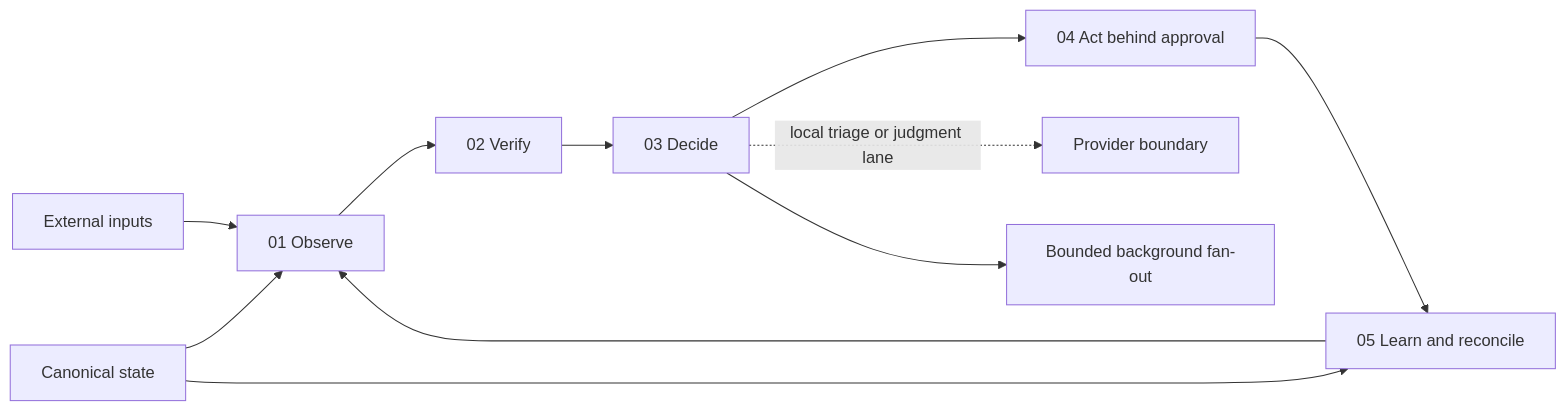
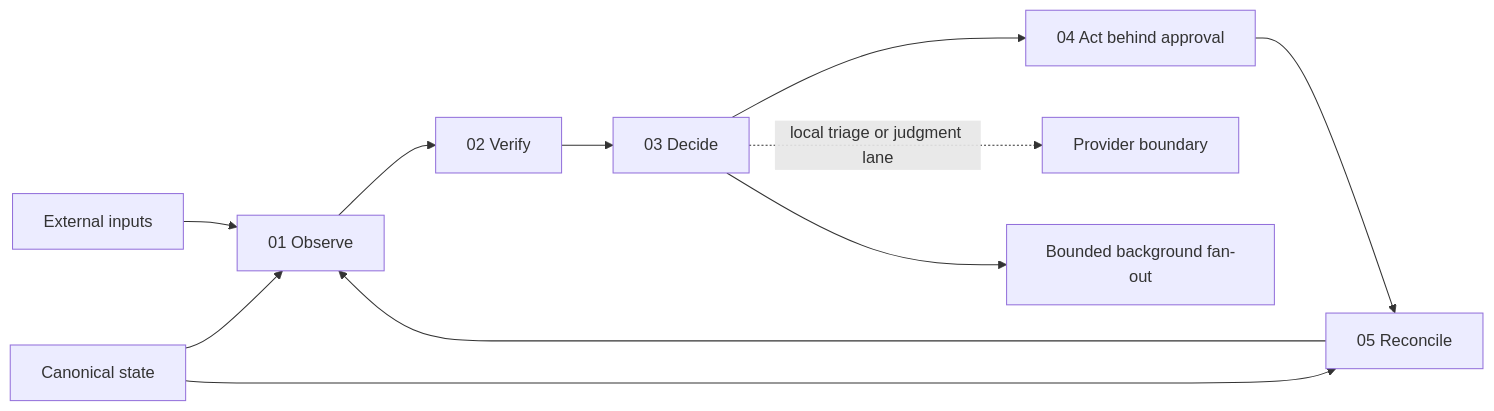
One commit to patppham/baymax-agent changed the diagram in docs/architecture.md. Above: the diagram before and after it, drawn with Mermaid. The commit also changed other lines of this file and 22 other files, not shown here.

````diff
--- a/docs/architecture.md
+++ b/docs/architecture.md
@@ -5,13 +5,13 @@
 ```mermaid
 flowchart LR
   A[External inputs] --> B[01 Observe]
   B --> C[02 Verify]
   C --> D[03 Decide]
   D --> E[04 Act behind approval]
-  E --> F[05 Learn and reconcile]
+  E --> F[05 Reconcile]
   F --> B
   G[Canonical state] --> B
   G --> F
   D -. local triage or judgment lane .-> H[Provider boundary]
   D --> I[Bounded background fan-out]
 ```
````
